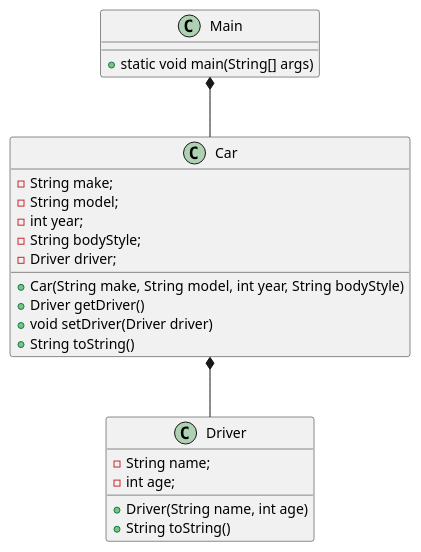
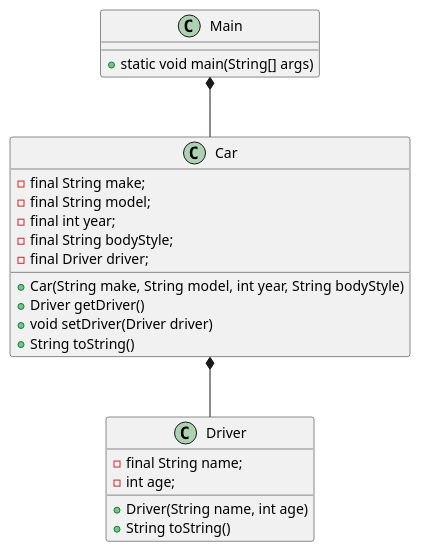
Before and after one commit to Peter537/Dat1-ugeopgave5: the diagram in OOP1/Documentation/CarsAndDrivers.puml, drawn with PlantUML. The commit also changed 1 other file, not shown here.

Commit message:
removed and added final

```diff
--- a/OOP1/Documentation/CarsAndDrivers.puml
+++ b/OOP1/Documentation/CarsAndDrivers.puml
@@ -1,31 +1,31 @@
 @startuml
 
 class Main {
     + static void main(String[] args)
 }
 
 class Car {
-    - String make;
-    - String model;
-    - int year;
-    - String bodyStyle;
-    - Driver driver;
+    - final String make;
+    - final String model;
+    - final int year;
+    - final String bodyStyle;
+    - final Driver driver;
 
     + Car(String make, String model, int year, String bodyStyle)
     + Driver getDriver()
     + void setDriver(Driver driver)
     + String toString()
 }
 
 class Driver {
-    - String name;
+    - final String name;
     - int age;
 
     + Driver(String name, int age)
     + String toString()
 }
 
 Main *-- Car
 Car *-- Driver
 
 @enduml
```
